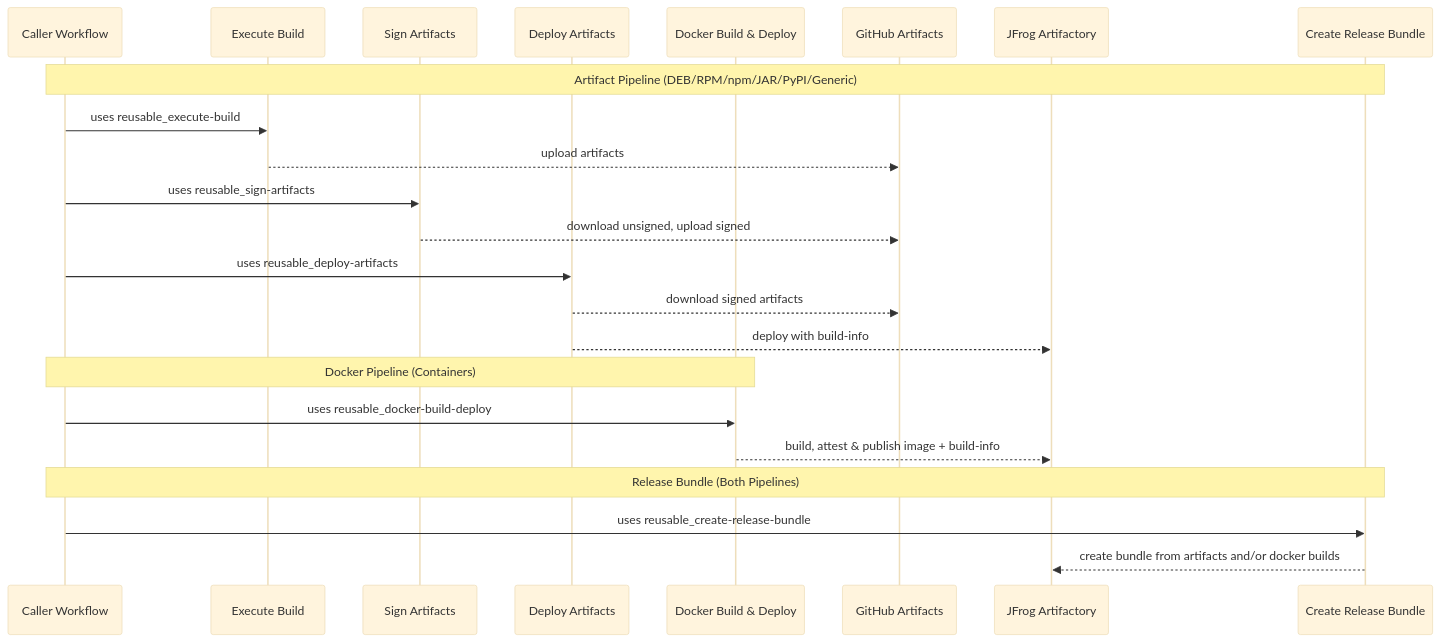
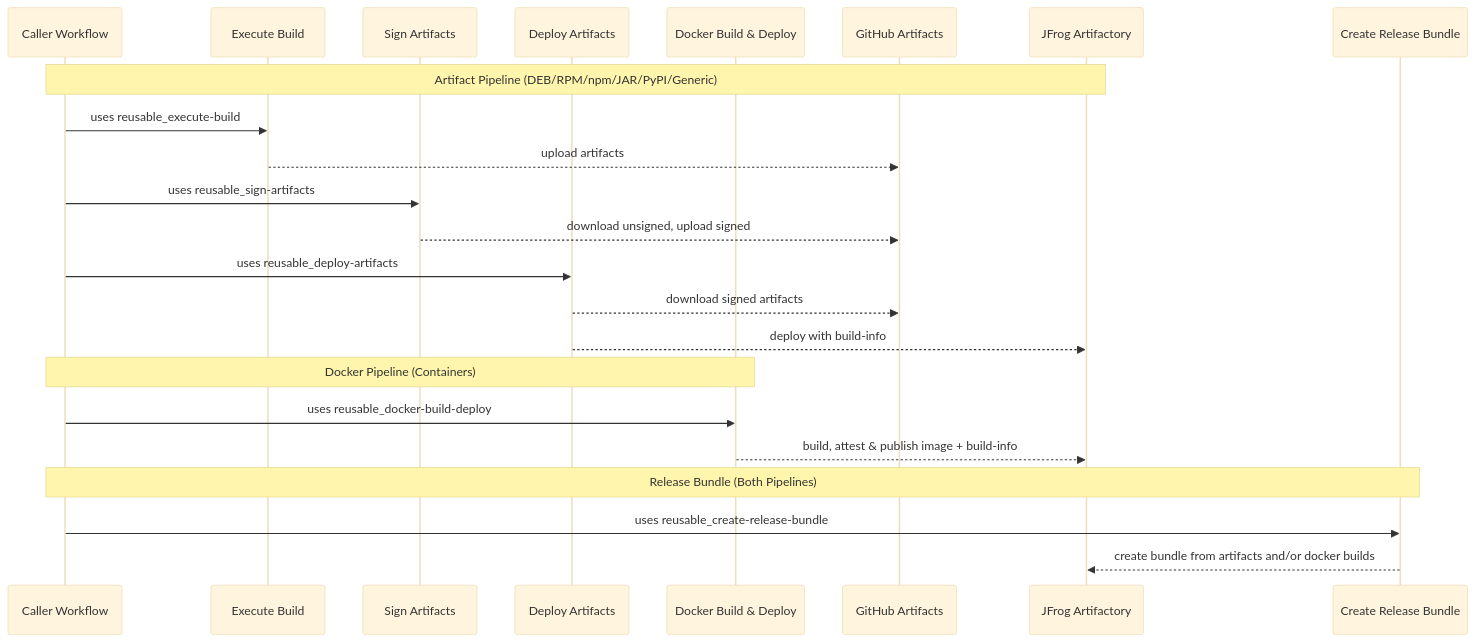
Before and after one commit to aerospike/shared-workflows: the diagram in .github/workflows/docs/CICD-composable.md, drawn with Mermaid (base theme).

Commit message:
Update note for artifact pipeline in CICD-composable.md

````diff
--- a/.github/workflows/docs/CICD-composable.md
+++ b/.github/workflows/docs/CICD-composable.md
@@ -31,28 +31,28 @@
 ```mermaid
 sequenceDiagram
   participant WF as Caller Workflow
   participant SW1 as Execute Build
   participant SW2 as Sign Artifacts
   participant SW3 as Deploy Artifacts
   participant SW5 as Docker Build & Deploy
   participant GA as GitHub Artifacts
   participant JF as JFrog Artifactory
   participant SW4 as Create Release Bundle
 
-  Note over WF,SW4: Artifact Pipeline (DEB/RPM/npm/JAR/PyPI/Generic)
+  Note over WF,JF: Artifact Pipeline (DEB/RPM/npm/JAR/PyPI/Generic)
   WF->>SW1: uses reusable_execute-build
   SW1-->>GA: upload artifacts
   WF->>SW2: uses reusable_sign-artifacts
   SW2-->>GA: download unsigned, upload signed
   WF->>SW3: uses reusable_deploy-artifacts
   SW3-->>GA: download signed artifacts
   SW3-->>JF: deploy with build-info
 
   Note over WF,SW5: Docker Pipeline (Containers)
   WF->>SW5: uses reusable_docker-build-deploy
   SW5-->>JF: build, attest & publish image + build-info
 
   Note over WF,SW4: Release Bundle (Both Pipelines)
   WF->>SW4: uses reusable_create-release-bundle
   SW4-->>JF: create bundle from artifacts and/or docker builds
 ```
````
